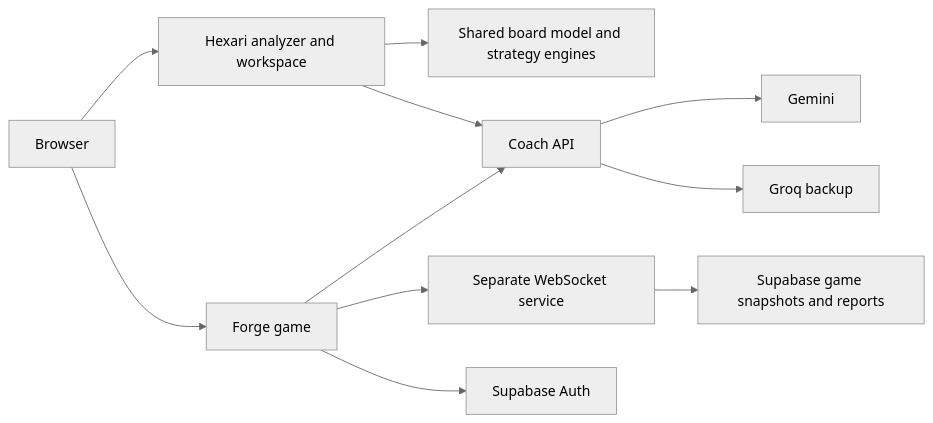
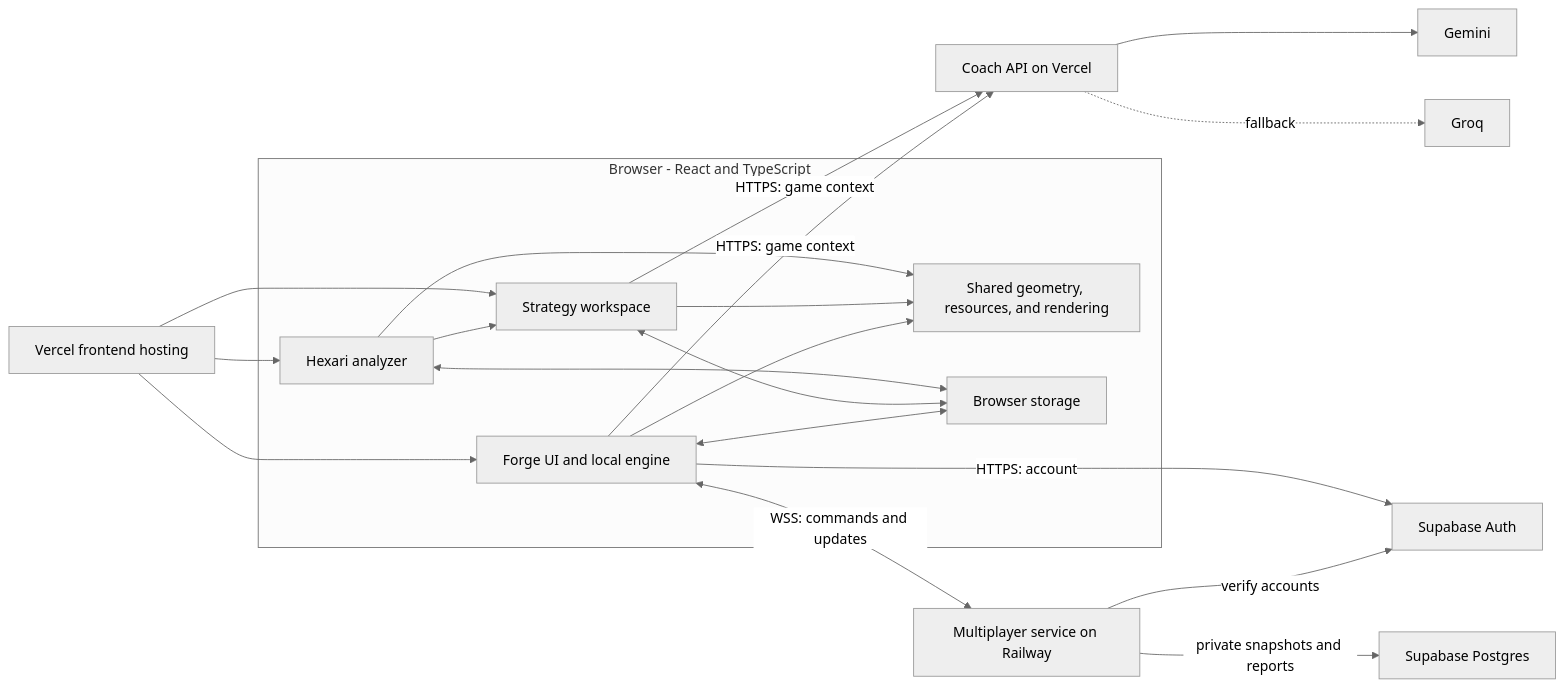
Before and after one commit to hellohirusha/hexari: the first of 2 diagrams in README.md, drawn with Mermaid (neutral theme). The commit also changed other lines of this file, not shown here.

Commit message:
docs: document architecture and deployment

````diff
--- a/README.md
+++ b/README.md
@@ -88,13 +69,28 @@
 ```mermaid
 flowchart LR
-  Browser[Browser] --> Hexari[Hexari analyzer and workspace]
-  Browser --> Forge[Forge game]
-  Hexari --> Board[Shared board model and strategy engines]
-  Hexari --> Coach[Coach API]
-  Forge --> Coach
-  Coach --> Gemini[Gemini]
-  Coach --> Groq[Groq backup]
-  Forge --> Multiplayer[Separate WebSocket service]
-  Multiplayer --> Rooms[Supabase game snapshots and reports]
-  Forge --> Auth[Supabase Auth]
+  subgraph Browser["Browser - React and TypeScript"]
+    Analyzer["Hexari analyzer"]
+    Workspace["Strategy workspace"]
+    Forge["Forge UI and local engine"]
+    Shared["Shared geometry, resources, and rendering"]
+    Storage["Browser storage"]
+    Analyzer --> Shared
+    Workspace --> Shared
+    Forge --> Shared
+    Analyzer <--> Storage
+    Workspace <--> Storage
+    Forge <--> Storage
+  end
+  Vercel["Vercel frontend hosting"] --> Analyzer
+  Vercel --> Workspace
+  Vercel --> Forge
+  Analyzer --> Workspace
+  Workspace -->|"HTTPS: game context"| Coach["Coach API on Vercel"]
+  Forge -->|"HTTPS: game context"| Coach
+  Coach --> Gemini["Gemini"]
+  Coach -.->|"fallback"| Groq["Groq"]
+  Forge -->|"HTTPS: account"| Auth["Supabase Auth"]
+  Forge <-->|"WSS: commands and updates"| GameServer["Multiplayer service on Railway"]
+  GameServer -->|"verify accounts"| Auth
+  GameServer -->|"private snapshots and reports"| Database["Supabase Postgres"]
 ```
````
